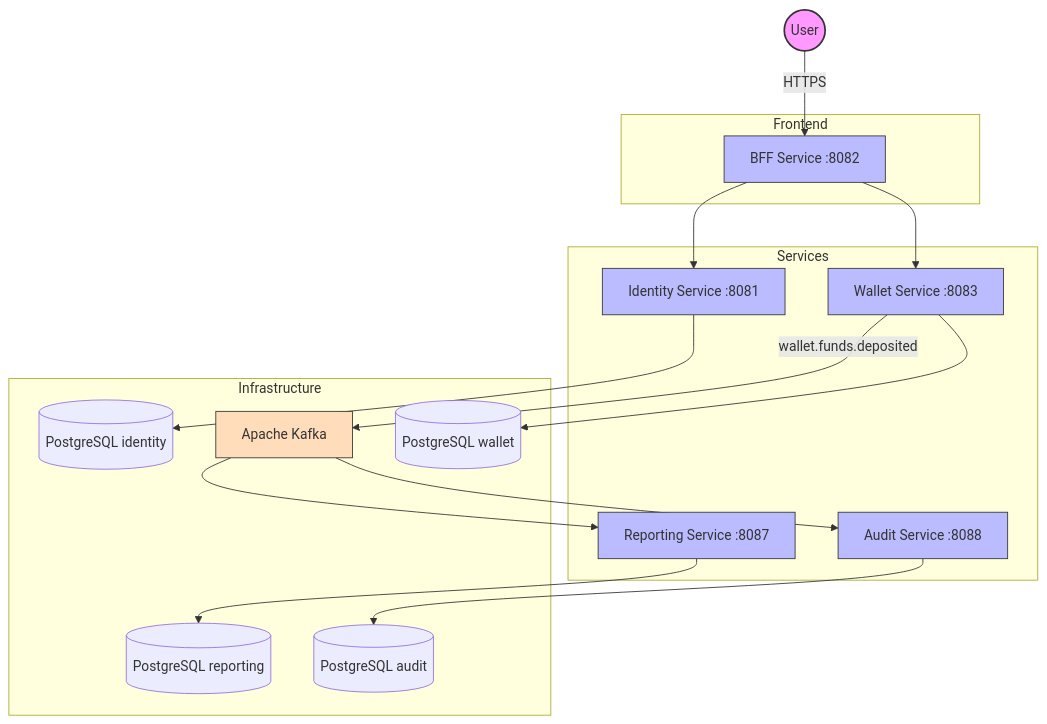
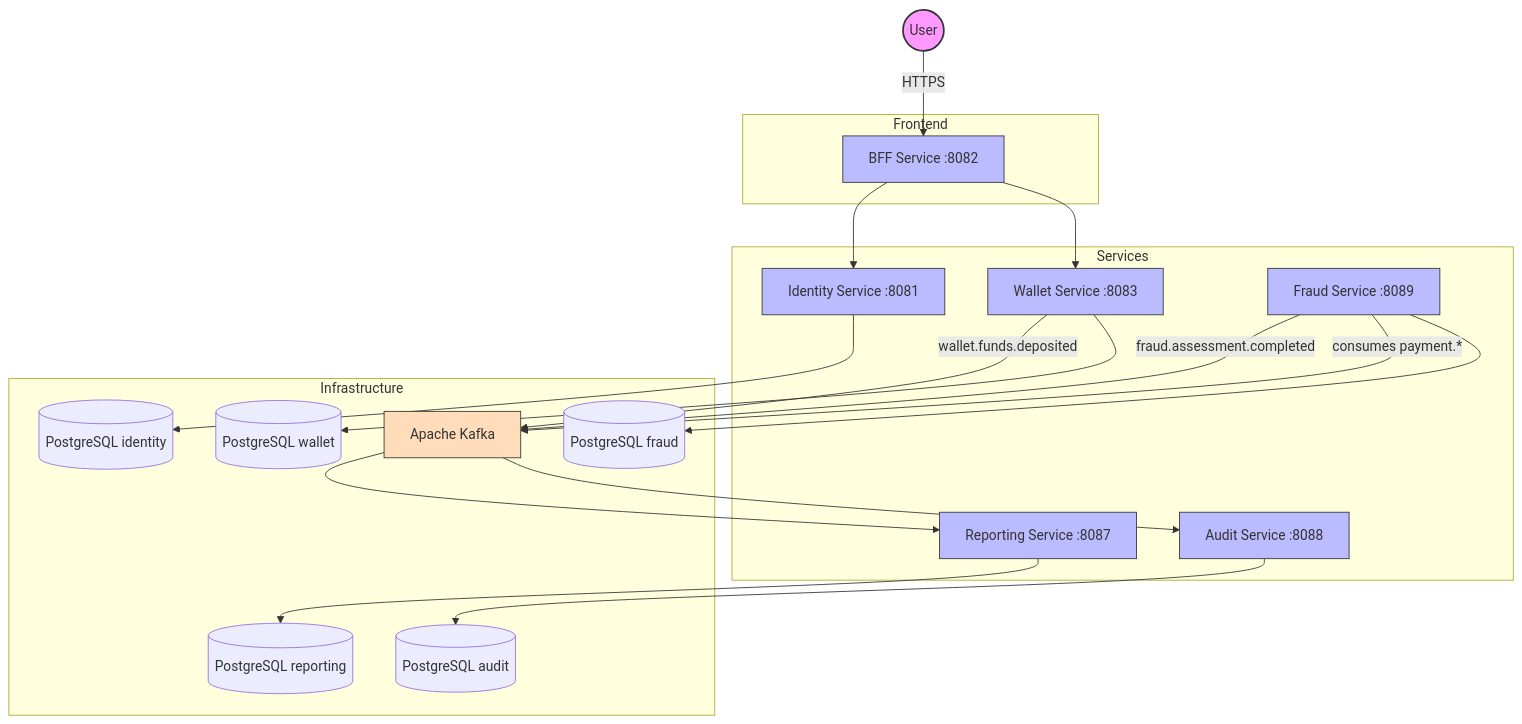
The first of 2 diagrams in docs/obsidian/00 - Overview/Aegis Platform.md (AlexAlvarezGallardo-GitHub/Aegis), drawn with Mermaid before and after one commit. The commit also changed other lines of this file and 66 other files, not shown here.

````diff
--- a/docs/obsidian/00 - Overview/Aegis Platform.md
+++ b/docs/obsidian/00 - Overview/Aegis Platform.md
@@ -11,36 +11,42 @@
 ```mermaid
 graph TB
     User((User)) -->|HTTPS| BFF[BFF Service :8082]
     BFF --> Identity[Identity Service :8081]
     BFF --> Wallet[Wallet Service :8083]
     Wallet -->|wallet.funds.deposited| Kafka[Apache Kafka]
     Kafka --> Report[Reporting Service :8087]
     Kafka --> Audit[Audit Service :8088]
+    Fraud[Fraud Service :8089] -->|fraud.assessment.completed| Kafka
+    Fraud -->|consumes payment.*| Kafka
     Identity --> PG1[(PostgreSQL identity)]
     Wallet --> PG2[(PostgreSQL wallet)]
     Report --> PG3[(PostgreSQL reporting)]
     Audit --> PG4[(PostgreSQL audit)]
+    Fraud --> PG5[(PostgreSQL fraud)]
     subgraph Frontend
         BFF
     end
     subgraph Services
         Identity
         Wallet
         Report
         Audit
+        Fraud
     end
     subgraph Infrastructure
         Kafka
         PG1
         PG2
         PG3
         PG4
+        PG5
     end
     style User fill:#f9f,stroke:#333,stroke-width:2px
     style BFF fill:#bbf,stroke:#333
     style Identity fill:#bbf,stroke:#333
     style Wallet fill:#bbf,stroke:#333
     style Report fill:#bbf,stroke:#333
     style Audit fill:#bbf,stroke:#333
+    style Fraud fill:#bbf,stroke:#333
     style Kafka fill:#fdb,stroke:#333
 ```
````
